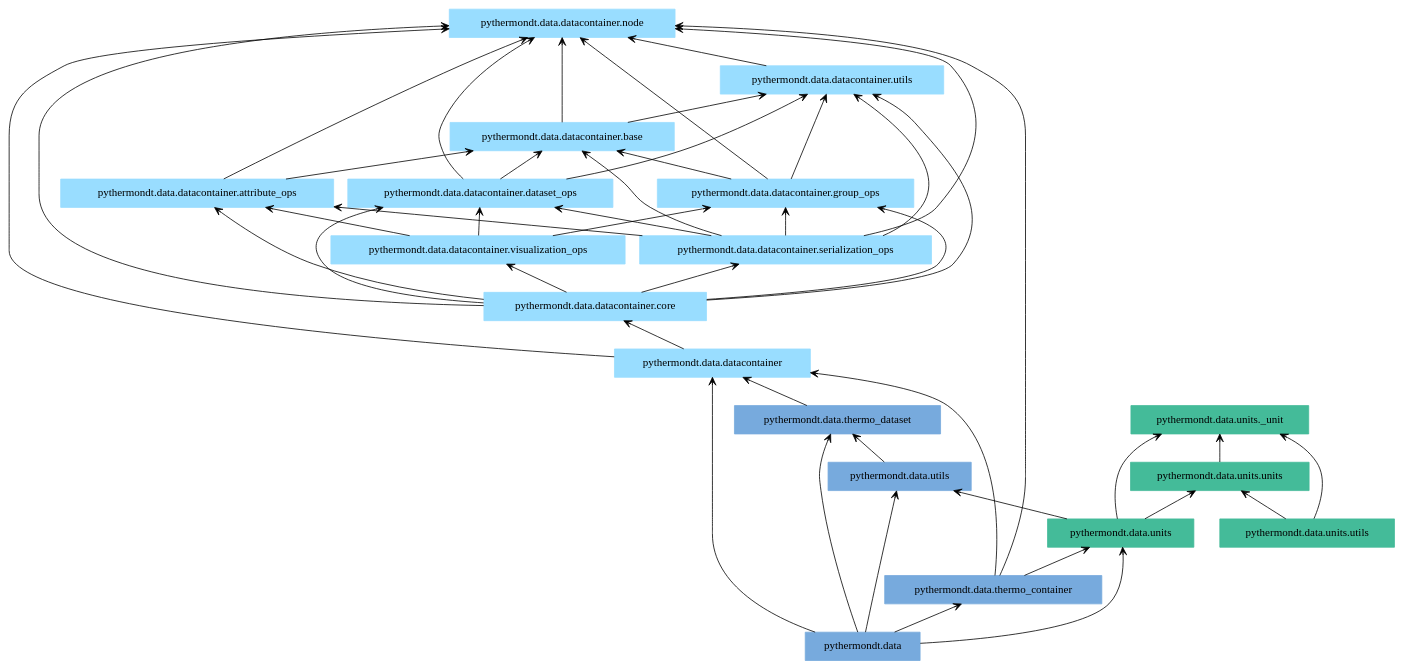
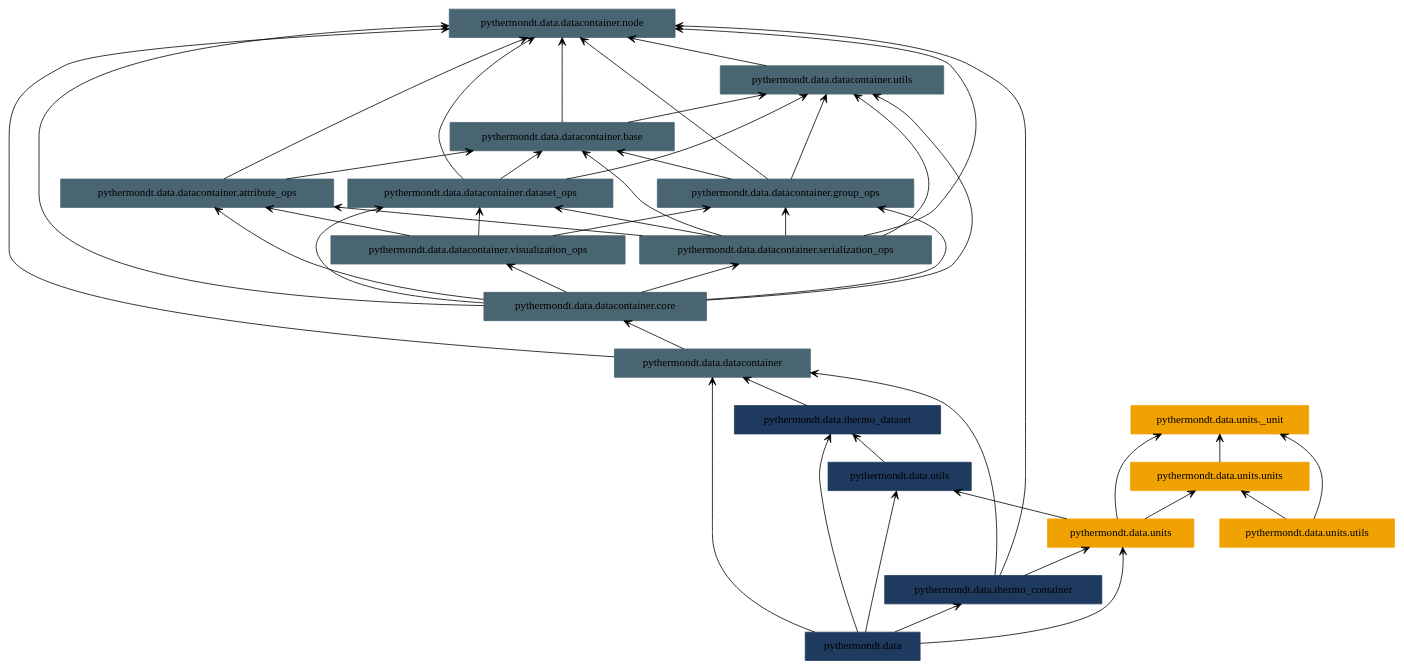
Before and after one commit to voidsy-gmbh/pyThermoNDT: the diagram in docs/pyreverse/packages_pythermondt.data.gv, drawn with Graphviz. The commit also changed 25 other files, not shown here.

Commit message:
Update pyreverse diagrams

```diff
--- a/docs/pyreverse/packages_pythermondt.data.gv
+++ b/docs/pyreverse/packages_pythermondt.data.gv
@@ -1,67 +1,67 @@
 digraph "packages_pythermondt.data" {
 rankdir=BT
 charset="utf-8"
-"pythermondt.data" [color="#77AADD", label=<pythermondt.data>, shape="box", style="filled"];
-"pythermondt.data.datacontainer" [color="#99DDFF", label=<pythermondt.data.datacontainer>, shape="box", style="filled"];
-"pythermondt.data.datacontainer.attribute_ops" [color="#99DDFF", label=<pythermondt.data.datacontainer.attribute_ops>, shape="box", style="filled"];
-"pythermondt.data.datacontainer.base" [color="#99DDFF", label=<pythermondt.data.datacontainer.base>, shape="box", style="filled"];
-"pythermondt.data.datacontainer.core" [color="#99DDFF", label=<pythermondt.data.datacontainer.core>, shape="box", style="filled"];
-"pythermondt.data.datacontainer.dataset_ops" [color="#99DDFF", label=<pythermondt.data.datacontainer.dataset_ops>, shape="box", style="filled"];
-"pythermondt.data.datacontainer.group_ops" [color="#99DDFF", label=<pythermondt.data.datacontainer.group_ops>, shape="box", style="filled"];
-"pythermondt.data.datacontainer.node" [color="#99DDFF", label=<pythermondt.data.datacontainer.node>, shape="box", style="filled"];
-"pythermondt.data.datacontainer.serialization_ops" [color="#99DDFF", label=<pythermondt.data.datacontainer.serialization_ops>, shape="box", style="filled"];
-"pythermondt.data.datacontainer.utils" [color="#99DDFF", label=<pythermondt.data.datacontainer.utils>, shape="box", style="filled"];
-"pythermondt.data.datacontainer.visualization_ops" [color="#99DDFF", label=<pythermondt.data.datacontainer.visualization_ops>, shape="box", style="filled"];
-"pythermondt.data.thermo_container" [color="#77AADD", label=<pythermondt.data.thermo_container>, shape="box", style="filled"];
-"pythermondt.data.thermo_dataset" [color="#77AADD", label=<pythermondt.data.thermo_dataset>, shape="box", style="filled"];
-"pythermondt.data.units" [color="#44BB99", label=<pythermondt.data.units>, shape="box", style="filled"];
-"pythermondt.data.units._unit" [color="#44BB99", label=<pythermondt.data.units._unit>, shape="box", style="filled"];
-"pythermondt.data.units.units" [color="#44BB99", label=<pythermondt.data.units.units>, shape="box", style="filled"];
-"pythermondt.data.units.utils" [color="#44BB99", label=<pythermondt.data.units.utils>, shape="box", style="filled"];
-"pythermondt.data.utils" [color="#77AADD", label=<pythermondt.data.utils>, shape="box", style="filled"];
+"pythermondt.data" [color="#1E3A5F", label=<pythermondt.data>, shape="box", style="filled"];
+"pythermondt.data.datacontainer" [color="#4A6572", label=<pythermondt.data.datacontainer>, shape="box", style="filled"];
+"pythermondt.data.datacontainer.attribute_ops" [color="#4A6572", label=<pythermondt.data.datacontainer.attribute_ops>, shape="box", style="filled"];
+"pythermondt.data.datacontainer.base" [color="#4A6572", label=<pythermondt.data.datacontainer.base>, shape="box", style="filled"];
+"pythermondt.data.datacontainer.core" [color="#4A6572", label=<pythermondt.data.datacontainer.core>, shape="box", style="filled"];
+"pythermondt.data.datacontainer.dataset_ops" [color="#4A6572", label=<pythermondt.data.datacontainer.dataset_ops>, shape="box", style="filled"];
+"pythermondt.data.datacontainer.group_ops" [color="#4A6572", label=<pythermondt.data.datacontainer.group_ops>, shape="box", style="filled"];
+"pythermondt.data.datacontainer.node" [color="#4A6572", label=<pythermondt.data.datacontainer.node>, shape="box", style="filled"];
+"pythermondt.data.datacontainer.serialization_ops" [color="#4A6572", label=<pythermondt.data.datacontainer.serialization_ops>, shape="box", style="filled"];
+"pythermondt.data.datacontainer.utils" [color="#4A6572", label=<pythermondt.data.datacontainer.utils>, shape="box", style="filled"];
+"pythermondt.data.datacontainer.visualization_ops" [color="#4A6572", label=<pythermondt.data.datacontainer.visualization_ops>, shape="box", style="filled"];
+"pythermondt.data.thermo_container" [color="#1E3A5F", label=<pythermondt.data.thermo_container>, shape="box", style="filled"];
+"pythermondt.data.thermo_dataset" [color="#1E3A5F", label=<pythermondt.data.thermo_dataset>, shape="box", style="filled"];
+"pythermondt.data.units" [color="#F0A202", label=<pythermondt.data.units>, shape="box", style="filled"];
+"pythermondt.data.units._unit" [color="#F0A202", label=<pythermondt.data.units._unit>, shape="box", style="filled"];
+"pythermondt.data.units.units" [color="#F0A202", label=<pythermondt.data.units.units>, shape="box", style="filled"];
+"pythermondt.data.units.utils" [color="#F0A202", label=<pythermondt.data.units.utils>, shape="box", style="filled"];
+"pythermondt.data.utils" [color="#1E3A5F", label=<pythermondt.data.utils>, shape="box", style="filled"];
 "pythermondt.data" -> "pythermondt.data.datacontainer" [arrowhead="open", arrowtail="none"];
 "pythermondt.data" -> "pythermondt.data.thermo_container" [arrowhead="open", arrowtail="none"];
 "pythermondt.data" -> "pythermondt.data.thermo_dataset" [arrowhead="open", arrowtail="none"];
 "pythermondt.data" -> "pythermondt.data.units" [arrowhead="open", arrowtail="none"];
 "pythermondt.data" -> "pythermondt.data.utils" [arrowhead="open", arrowtail="none"];
 "pythermondt.data.datacontainer" -> "pythermondt.data.datacontainer.core" [arrowhead="open", arrowtail="none"];
 "pythermondt.data.datacontainer" -> "pythermondt.data.datacontainer.node" [arrowhead="open", arrowtail="none"];
 "pythermondt.data.datacontainer.attribute_ops" -> "pythermondt.data.datacontainer.base" [arrowhead="open", arrowtail="none"];
 "pythermondt.data.datacontainer.attribute_ops" -> "pythermondt.data.datacontainer.node" [arrowhead="open", arrowtail="none"];
 "pythermondt.data.datacontainer.base" -> "pythermondt.data.datacontainer.node" [arrowhead="open", arrowtail="none"];
 "pythermondt.data.datacontainer.base" -> "pythermondt.data.datacontainer.utils" [arrowhead="open", arrowtail="none"];
 "pythermondt.data.datacontainer.core" -> "pythermondt.data.datacontainer.attribute_ops" [arrowhead="open", arrowtail="none"];
 "pythermondt.data.datacontainer.core" -> "pythermondt.data.datacontainer.dataset_ops" [arrowhead="open", arrowtail="none"];
 "pythermondt.data.datacontainer.core" -> "pythermondt.data.datacontainer.group_ops" [arrowhead="open", arrowtail="none"];
 "pythermondt.data.datacontainer.core" -> "pythermondt.data.datacontainer.node" [arrowhead="open", arrowtail="none"];
 "pythermondt.data.datacontainer.core" -> "pythermondt.data.datacontainer.serialization_ops" [arrowhead="open", arrowtail="none"];
 "pythermondt.data.datacontainer.core" -> "pythermondt.data.datacontainer.utils" [arrowhead="open", arrowtail="none"];
 "pythermondt.data.datacontainer.core" -> "pythermondt.data.datacontainer.visualization_ops" [arrowhead="open", arrowtail="none"];
 "pythermondt.data.datacontainer.dataset_ops" -> "pythermondt.data.datacontainer.base" [arrowhead="open", arrowtail="none"];
 "pythermondt.data.datacontainer.dataset_ops" -> "pythermondt.data.datacontainer.node" [arrowhead="open", arrowtail="none"];
 "pythermondt.data.datacontainer.dataset_ops" -> "pythermondt.data.datacontainer.utils" [arrowhead="open", arrowtail="none"];
 "pythermondt.data.datacontainer.group_ops" -> "pythermondt.data.datacontainer.base" [arrowhead="open", arrowtail="none"];
 "pythermondt.data.datacontainer.group_ops" -> "pythermondt.data.datacontainer.node" [arrowhead="open", arrowtail="none"];
 "pythermondt.data.datacontainer.group_ops" -> "pythermondt.data.datacontainer.utils" [arrowhead="open", arrowtail="none"];
 "pythermondt.data.datacontainer.serialization_ops" -> "pythermondt.data.datacontainer.attribute_ops" [arrowhead="open", arrowtail="none"];
 "pythermondt.data.datacontainer.serialization_ops" -> "pythermondt.data.datacontainer.base" [arrowhead="open", arrowtail="none"];
 "pythermondt.data.datacontainer.serialization_ops" -> "pythermondt.data.datacontainer.dataset_ops" [arrowhead="open", arrowtail="none"];
 "pythermondt.data.datacontainer.serialization_ops" -> "pythermondt.data.datacontainer.group_ops" [arrowhead="open", arrowtail="none"];
 "pythermondt.data.datacontainer.serialization_ops" -> "pythermondt.data.datacontainer.node" [arrowhead="open", arrowtail="none"];
 "pythermondt.data.datacontainer.serialization_ops" -> "pythermondt.data.datacontainer.utils" [arrowhead="open", arrowtail="none"];
 "pythermondt.data.datacontainer.utils" -> "pythermondt.data.datacontainer.node" [arrowhead="open", arrowtail="none"];
 "pythermondt.data.datacontainer.visualization_ops" -> "pythermondt.data.datacontainer.attribute_ops" [arrowhead="open", arrowtail="none"];
 "pythermondt.data.datacontainer.visualization_ops" -> "pythermondt.data.datacontainer.dataset_ops" [arrowhead="open", arrowtail="none"];
 "pythermondt.data.datacontainer.visualization_ops" -> "pythermondt.data.datacontainer.group_ops" [arrowhead="open", arrowtail="none"];
 "pythermondt.data.thermo_container" -> "pythermondt.data.datacontainer" [arrowhead="open", arrowtail="none"];
 "pythermondt.data.thermo_container" -> "pythermondt.data.datacontainer.node" [arrowhead="open", arrowtail="none"];
 "pythermondt.data.thermo_container" -> "pythermondt.data.units" [arrowhead="open", arrowtail="none"];
 "pythermondt.data.thermo_dataset" -> "pythermondt.data.datacontainer" [arrowhead="open", arrowtail="none"];
 "pythermondt.data.units" -> "pythermondt.data.units._unit" [arrowhead="open", arrowtail="none"];
 "pythermondt.data.units" -> "pythermondt.data.units.units" [arrowhead="open", arrowtail="none"];
 "pythermondt.data.units" -> "pythermondt.data.utils" [arrowhead="open", arrowtail="none"];
 "pythermondt.data.units.units" -> "pythermondt.data.units._unit" [arrowhead="open", arrowtail="none"];
 "pythermondt.data.units.utils" -> "pythermondt.data.units._unit" [arrowhead="open", arrowtail="none"];
 "pythermondt.data.units.utils" -> "pythermondt.data.units.units" [arrowhead="open", arrowtail="none"];
 "pythermondt.data.utils" -> "pythermondt.data.thermo_dataset" [arrowhead="open", arrowtail="none"];
 }
```
